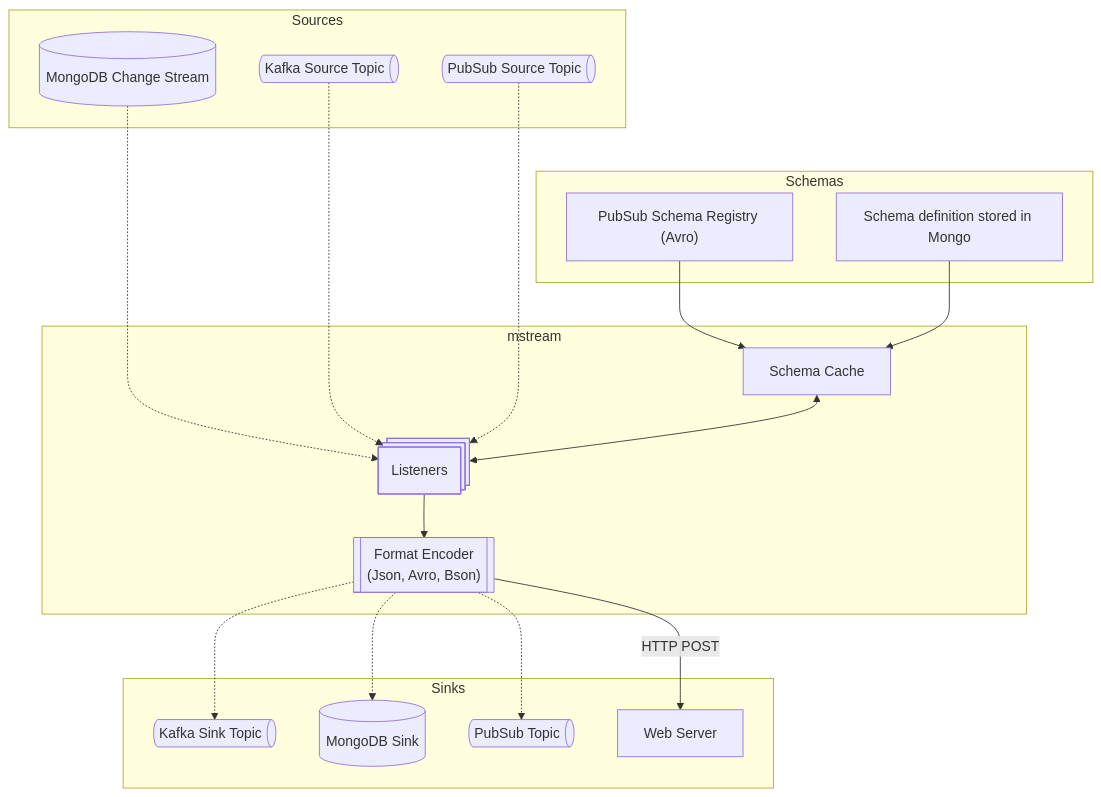
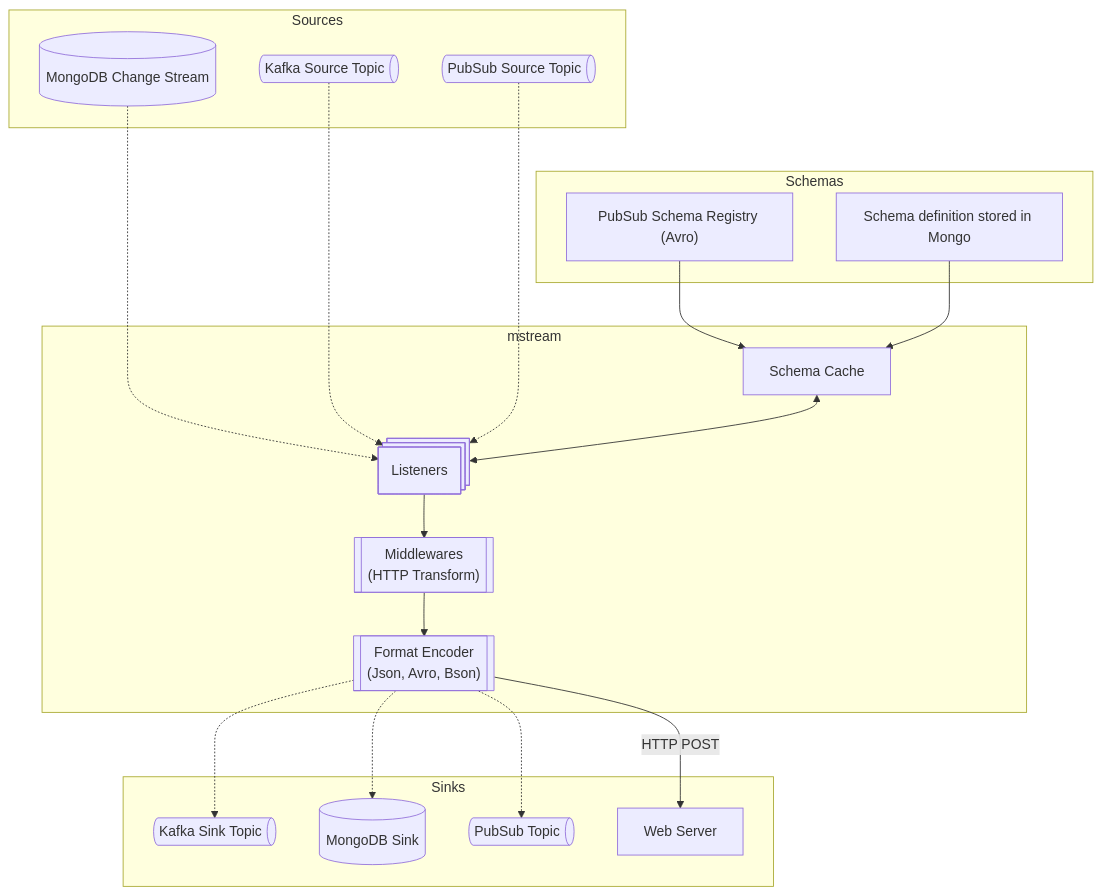
One commit to makarski/mstream changed the first of 2 diagrams in README.md. Above: the diagram before and after it, drawn with Mermaid. The commit also changed other lines of this file and 14 other files, not shown here.

````diff
--- a/README.md
+++ b/README.md
@@ -27,45 +27,48 @@
 ```mermaid
 graph TB
     subgraph mstream[mstream]
         handler@{ shape: procs, label: "Listeners"}
         %% kafka_consumer[Kafka Consumer]
         schema_cache[Schema Cache]
         encoder[["`Format Encoder
         (Json, Avro, Bson)`"]]
+        middleware[["`Middlewares
+        (HTTP Transform)`"]]
     end
 
     subgraph sources[Sources]
         kafka_source@{ shape: das, label: "Kafka Source Topic" }
         pubsub_source_topic@{ shape: das, label: "PubSub Source Topic" }
         mongodb_source@{shape: database, label: "MongoDB Change Stream" }
     end
 
 
     subgraph sinks[Sinks]
         kafka_sink@{ shape: das, label: "Kafka Sink Topic" }
         mongodb_target[(MongoDB Sink)]
         pubsub_sink_topic@{ shape: das, label: "PubSub Topic" }
         http_sink["Web Server"]
     end
 
 
     subgraph schemas[Schemas]
         pubsub_schema_registry@{label: "PubSub Schema Registry (Avro)" }
         mongodb_schema_storage@{label: "Schema definition stored in Mongo"}
     end
 
 
     mongodb_source -.-> handler
     kafka_source -...-> handler
     pubsub_source_topic -.-> handler
     pubsub_schema_registry --> schema_cache
     mongodb_schema_storage --> schema_cache
 
-    handler --> encoder
+    handler --> middleware
+    middleware --> encoder
     schema_cache <-->handler
 
     encoder -.-> mongodb_target
     encoder -.-> pubsub_sink_topic
     encoder -.-> kafka_sink
     encoder --> |HTTP POST| http_sink
 ```
````
